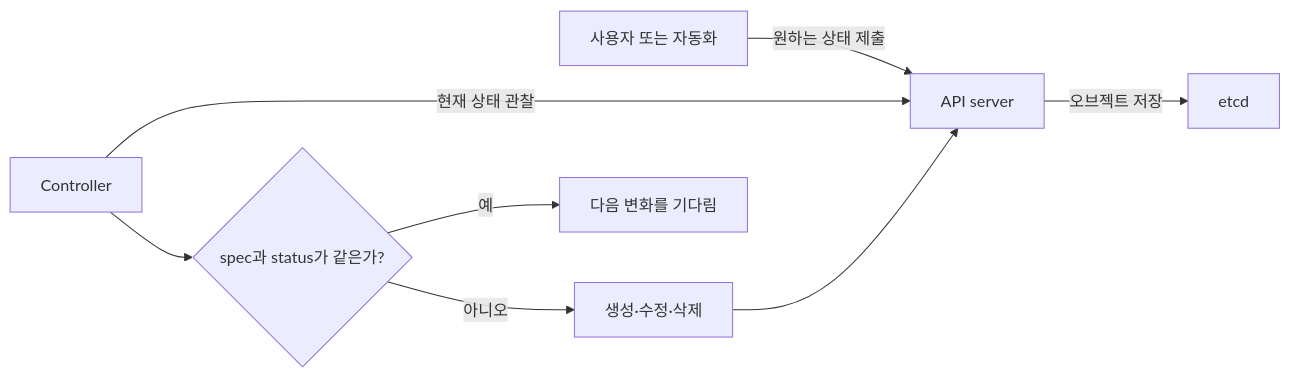
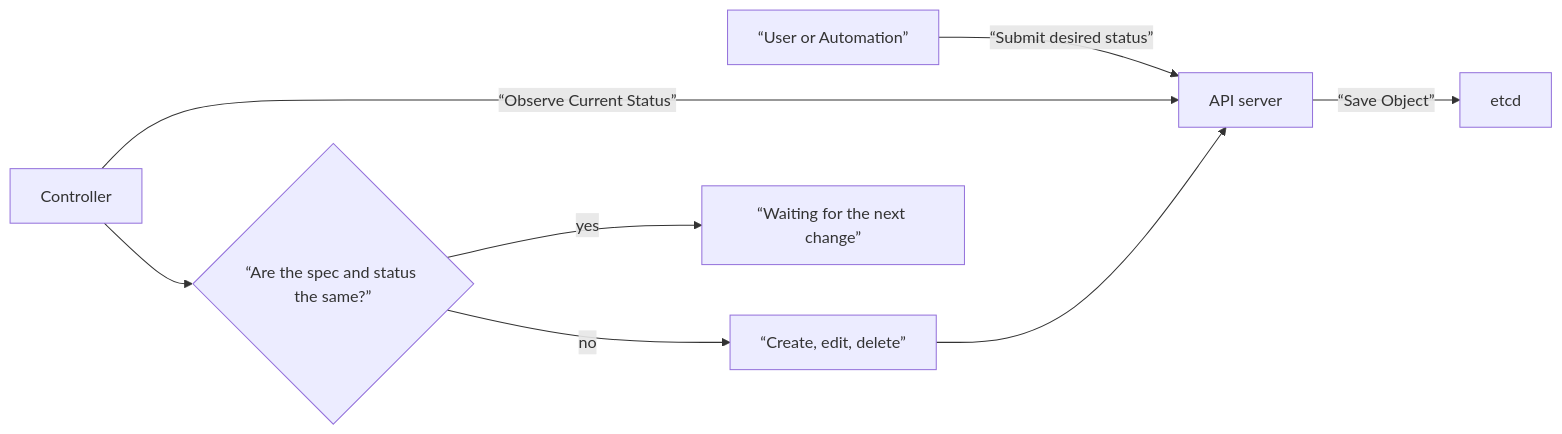
One commit to nohdol97/nohdol-study changed the first of 4 diagrams in docs-site/content/kubernetes/02-api-and-objects.md. Above: the diagram before and after it, drawn with Mermaid. The commit also changed other lines of this file and 116 other files, not shown here.

````diff
--- a/docs-site/content/kubernetes/02-api-and-objects.md
+++ b/docs-site/content/kubernetes/02-api-and-objects.md
@@ -9,10 +9,10 @@
 ```mermaid
 flowchart LR
-    U["사용자 또는 자동화"] -->|"원하는 상태 제출"| A["API server"]
-    A -->|"오브젝트 저장"| E["etcd"]
-    C["Controller"] -->|"현재 상태 관찰"| A
-    C --> D{"spec과 status가 같은가?"}
-    D -->|"아니오"| X["생성·수정·삭제"]
+    U[“User or Automation”] -->|“Submit desired status”| A["API server"]
+    A -->|“Save Object”| E["etcd"]
+    C["Controller"] -->|“Observe Current Status”| A
+    C --> D{“Are the spec and status the same?”}
+    D -->|"no"| X[“Create, edit, delete”]
     X --> A
-    D -->|"예"| W["다음 변화를 기다림"]
+    D -->|"yes"| W[“Waiting for the next change”]
 ```
````
